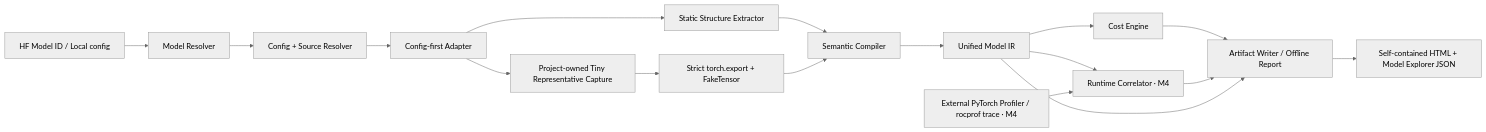
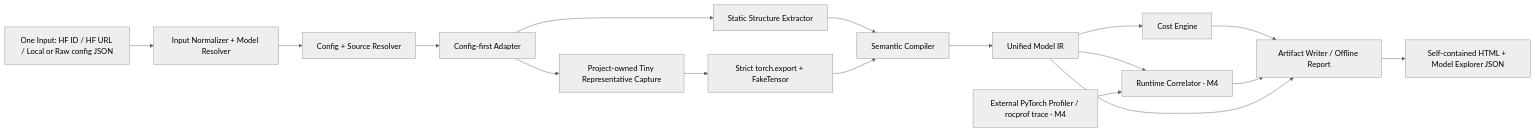
One commit to zihaomu/llm-vis changed the diagram in doc/llm-visualization-plan.md. Above: the diagram before and after it, drawn with Mermaid (neutral theme). The commit also changed other lines of this file and 24 other files, not shown here.

Commit message:
feat: add one-input model import

````diff
--- a/doc/llm-visualization-plan.md
+++ b/doc/llm-visualization-plan.md
@@ -392,19 +397,19 @@
 ```mermaid
 flowchart LR
-    A[HF Model ID / Local config] --> B[Model Resolver]
+    A[One Input: HF ID / HF URL / Local or Raw config JSON] --> B[Input Normalizer + Model Resolver]
     B --> C[Config + Source Resolver]
     C --> D[Config-first Adapter]
     D --> E[Static Structure Extractor]
     D --> F[Project-owned Tiny Representative Capture]
     F --> H[Strict torch.export + FakeTensor]
     E --> I[Semantic Compiler]
     H --> I
     I --> J[Unified Model IR]
     J --> K[Cost Engine]
     J --> L[Runtime Correlator · M4]
     M[External PyTorch Profiler / rocprof trace · M4] --> L
     K --> N[Artifact Writer / Offline Report]
     L --> N
     J --> N
     N --> O[Self-contained HTML + Model Explorer JSON]
 ```
````
